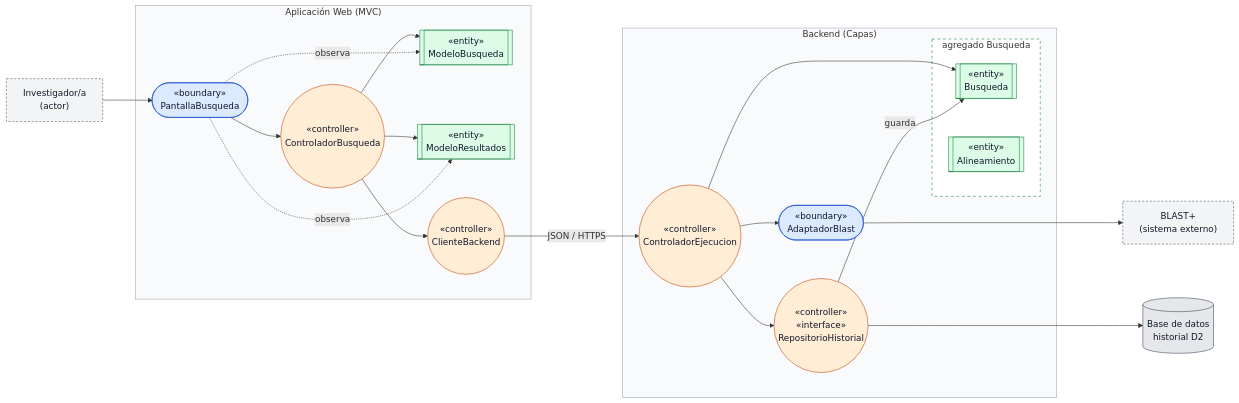
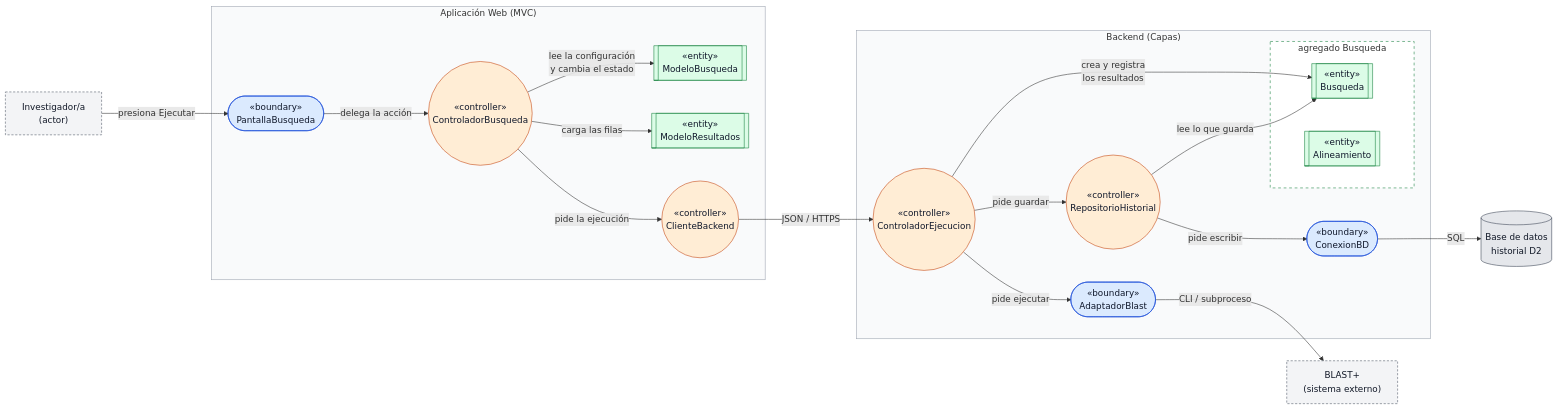
Before and after one commit to AgustinGaitan2/LocalBlast_2026: the third of 6 diagrams in docs/design/diseno-detallado.md, drawn with Mermaid. The commit also changed other lines of this file, not shown here.

````diff
--- a/docs/design/diseno-detallado.md
+++ b/docs/design/diseno-detallado.md
@@ -223,54 +217,54 @@
 ```mermaid
-%%{init: {"flowchart": {"nodeSpacing": 70, "rankSpacing": 60}}}%%
+%%{init: {"flowchart": {"nodeSpacing": 60, "rankSpacing": 60}}}%%
 flowchart LR
     inv["Investigador/a<br/>(actor)"]
 
     subgraph web["Aplicación Web (MVC)"]
         ui(["«boundary»<br/>PantallaBusqueda"])
         cb(("«controller»<br/>ControladorBusqueda"))
         mb[["«entity»<br/>ModeloBusqueda"]]
         mr[["«entity»<br/>ModeloResultados"]]
         cl(("«controller»<br/>ClienteBackend"))
     end
 
     subgraph be["Backend (Capas)"]
         ce(("«controller»<br/>ControladorEjecucion"))
         ab(["«boundary»<br/>AdaptadorBlast"])
-        rh(("«controller»<br/>«interface»<br/>RepositorioHistorial"))
+        rh(("«controller»<br/>RepositorioHistorial"))
+        cbd(["«boundary»<br/>ConexionBD"])
         subgraph agg["agregado Busqueda"]
             bu[["«entity»<br/>Busqueda"]]
             al[["«entity»<br/>Alineamiento"]]
         end
     end
     db[("Base de datos<br/>historial D2")]
     blast["BLAST+<br/>(sistema externo)"]
 
-    inv --> ui
-    ui --> cb
-    cb --> mb
-    cb --> mr
-    cb --> cl
+    inv -->|presiona Ejecutar| ui
+    ui -->|delega la acción| cb
+    cb -->|lee la configuración<br/>y cambia el estado| mb
+    cb -->|carga las filas| mr
+    cb -->|pide la ejecución| cl
     cl -->|JSON / HTTPS| ce
-    ce --> bu
-    ce --> ab
-    ab ----> blast
-    ce --> rh
-    rh -->|guarda| bu
-    rh ----> db
-    ui -.->|observa| mb
-    ui -.->|observa| mr
+    ce -->|crea y registra<br/>los resultados| bu
+    ce -->|pide ejecutar| ab
+    ab -->|CLI / subproceso| blast
+    ce -->|pide guardar| rh
+    rh -->|lee lo que guarda| bu
+    rh -->|pide escribir| cbd
+    cbd -->|SQL| db
 
     classDef actor fill:#f3f4f6,stroke:#4b5563,color:#111827,stroke-dasharray: 4 3
     classDef boundary fill:#dbeafe,stroke:#1d4ed8,color:#0f172a
     classDef controller fill:#ffedd5,stroke:#c2410c,color:#0f172a
     classDef entity fill:#dcfce7,stroke:#15803d,color:#0f172a
     classDef store fill:#e5e7eb,stroke:#374151,color:#111827
     class inv,blast actor
-    class ui,ab boundary
+    class ui,ab,cbd boundary
     class cb,cl,ce,rh controller
     class mb,mr,bu,al entity
     class db store
     style web fill:#f9fafb,stroke:#9ca3af
     style be fill:#f9fafb,stroke:#9ca3af
     style agg fill:#ffffff,stroke:#15803d,stroke-dasharray: 5 5
 ```
````
